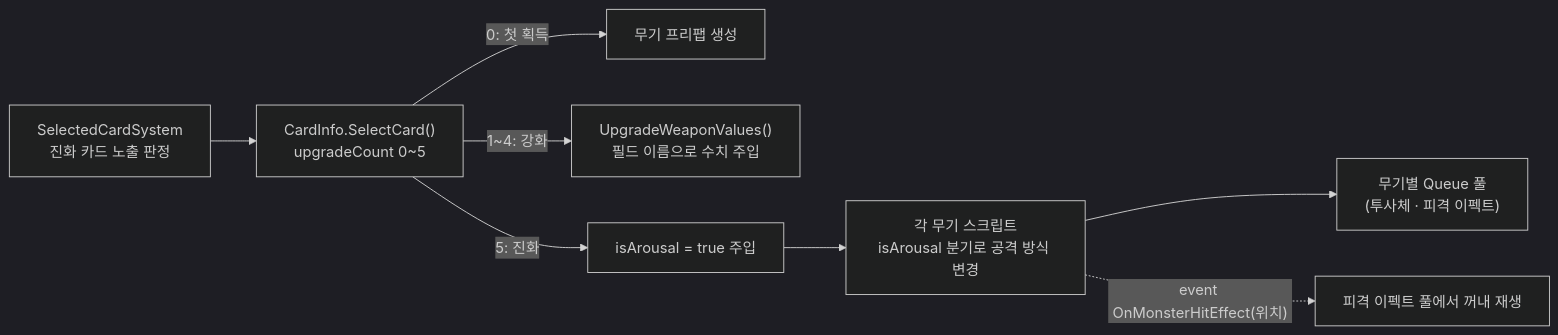
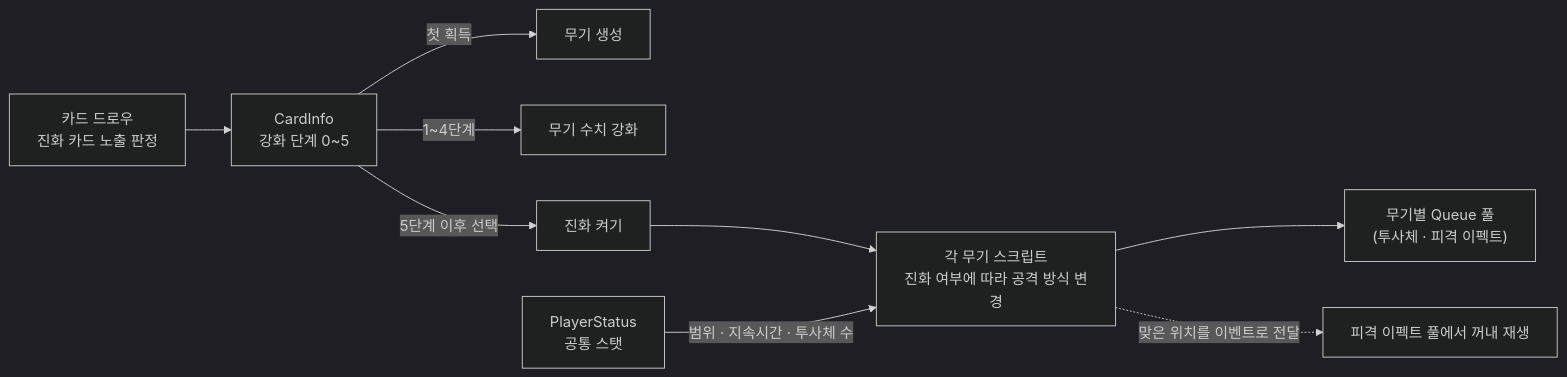
One commit to NaJungWon/portfolio changed the eighth of 10 diagrams in src/03-dgs/기술문서.md. Above: the diagram before and after it, drawn with Mermaid (dark theme). The commit also changed other lines of this file and 4 other files, not shown here.

````diff
--- a/src/03-dgs/기술문서.md
+++ b/src/03-dgs/기술문서.md
@@ -458,10 +549,11 @@
 ```mermaid
 flowchart LR
-    SC["SelectedCardSystem<br/>진화 카드 노출 판정"] --> CI["CardInfo.SelectCard()<br/>upgradeCount 0~5"]
-    CI -->|"0: 첫 획득"| NEW["무기 프리팹 생성"]
-    CI -->|"1~4: 강화"| UP["UpgradeWeaponValues()<br/>필드 이름으로 수치 주입"]
-    CI -->|"5: 진화"| AR["isArousal = true 주입"]
-    AR --> W["각 무기 스크립트<br/>isArousal 분기로 공격 방식 변경"]
+    SC["카드 드로우<br/>진화 카드 노출 판정"] --> CI["CardInfo<br/>강화 단계 0~5"]
+    CI -->|"첫 획득"| NEW["무기 생성"]
+    CI -->|"1~4단계"| UP["무기 수치 강화"]
+    CI -->|"5단계 이후 선택"| AR["진화 켜기"]
+    AR --> W["각 무기 스크립트<br/>진화 여부에 따라 공격 방식 변경"]
+    PST["PlayerStatus<br/>공통 스탯"] -->|"범위 · 지속시간 · 투사체 수"| W
     W --> POOL["무기별 Queue 풀<br/>(투사체 · 피격 이펙트)"]
-    W -.->|"event OnMonsterHitEffect(위치)"| FX["피격 이펙트 풀에서 꺼내 재생"]
+    W -.->|"맞은 위치를 이벤트로 전달"| FX["피격 이펙트 풀에서 꺼내 재생"]
 ```
````
